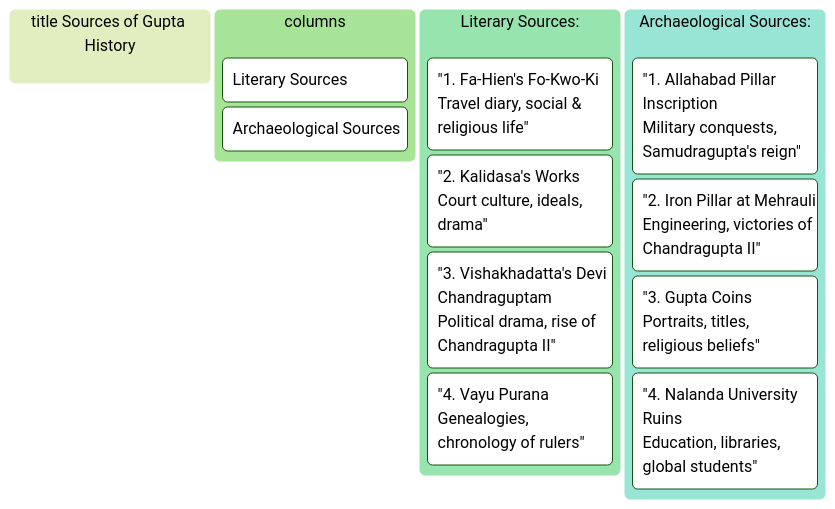
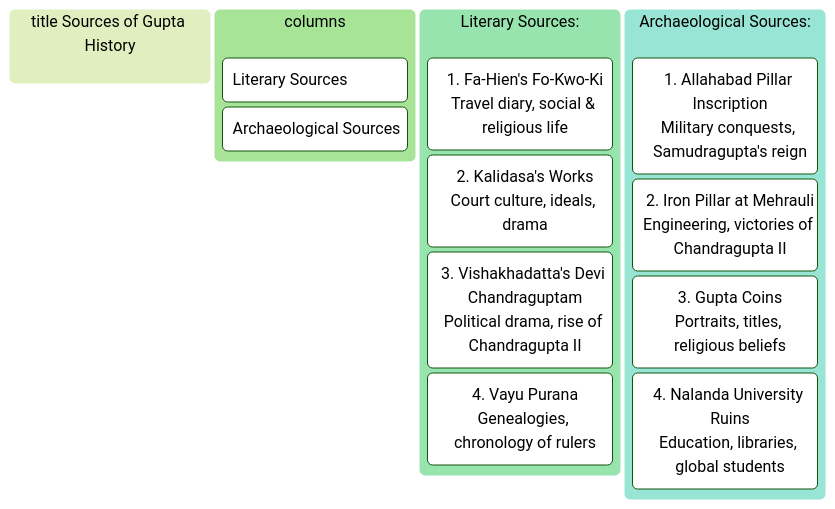
Before and after one commit to naveengarla/icse-9th-history: the third of 5 diagrams in 6.guptas-age/segment-1-sources.md, drawn with Mermaid (forest theme).

Commit message:
Docs: Remove double quotes from Kanban diagram items for cleaner formatting

````diff
--- a/6.guptas-age/segment-1-sources.md
+++ b/6.guptas-age/segment-1-sources.md
@@ -109,17 +109,17 @@
 ```mermaid
 kanban
   title Sources of Gupta History
   columns
     Literary Sources
     Archaeological Sources
   Literary Sources:
-    "1. Fa-Hien's Fo-Kwo-Ki<br/>Travel diary, social & religious life"
-    "2. Kalidasa's Works<br/>Court culture, ideals, drama"
-    "3. Vishakhadatta's Devi Chandraguptam<br/>Political drama, rise of Chandragupta II"
-    "4. Vayu Purana<br/>Genealogies, chronology of rulers"
+    1. Fa-Hien's Fo-Kwo-Ki<br/>Travel diary, social & religious life
+    2. Kalidasa's Works<br/>Court culture, ideals, drama
+    3. Vishakhadatta's Devi Chandraguptam<br/>Political drama, rise of Chandragupta II
+    4. Vayu Purana<br/>Genealogies, chronology of rulers
   Archaeological Sources:
-    "1. Allahabad Pillar Inscription<br/>Military conquests, Samudragupta's reign"
-    "2. Iron Pillar at Mehrauli<br/>Engineering, victories of Chandragupta II"
-    "3. Gupta Coins<br/>Portraits, titles, religious beliefs"
-    "4. Nalanda University Ruins<br/>Education, libraries, global students"
+    1. Allahabad Pillar Inscription<br/>Military conquests, Samudragupta's reign
+    2. Iron Pillar at Mehrauli<br/>Engineering, victories of Chandragupta II
+    3. Gupta Coins<br/>Portraits, titles, religious beliefs
+    4. Nalanda University Ruins<br/>Education, libraries, global students
 ```
````
